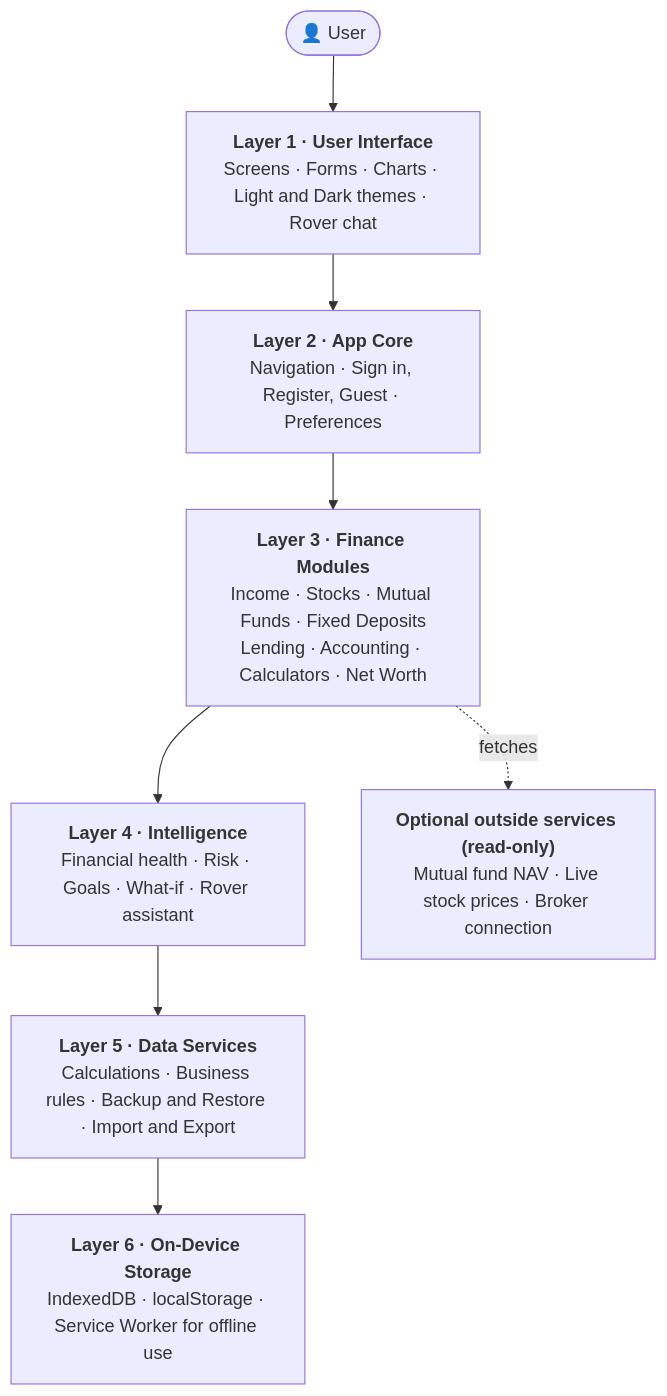
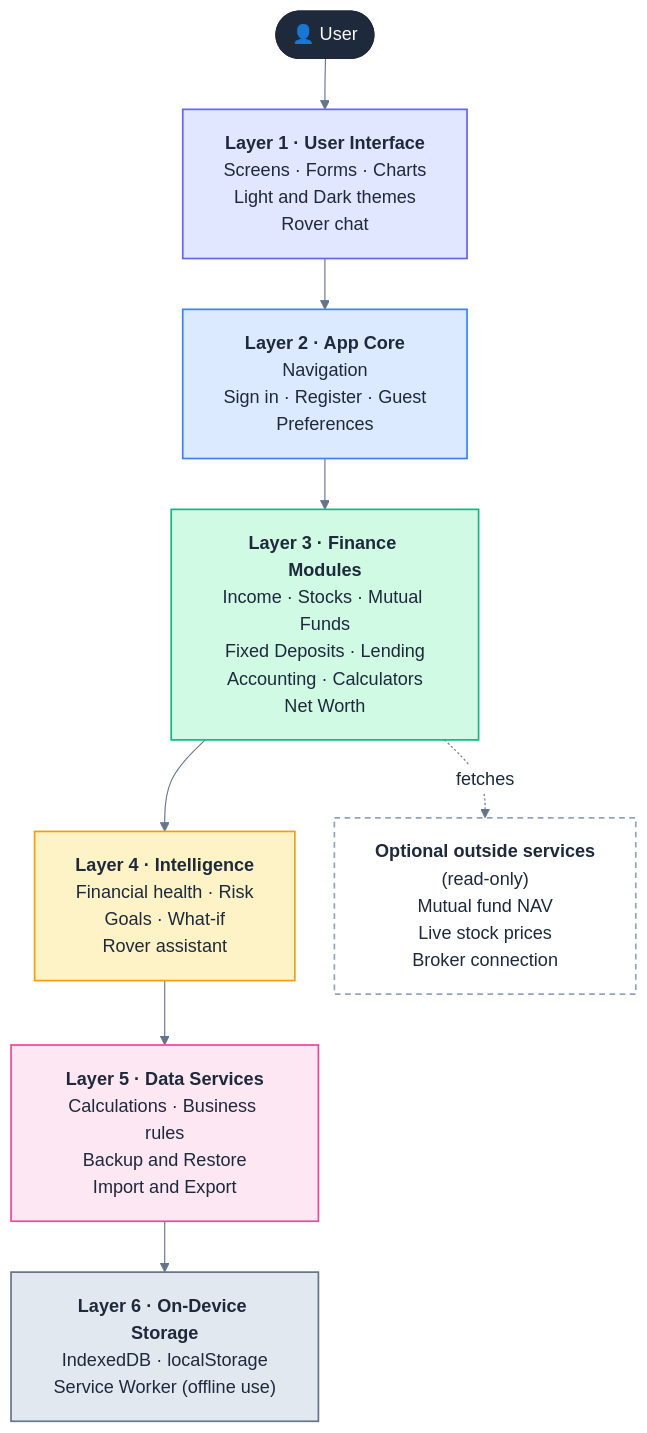
The first of 5 diagrams in README.md (microintel/blackroad-v2), drawn with Mermaid before and after one commit. The commit also changed other lines of this file, not shown here.

````diff
--- a/README.md
+++ b/README.md
@@ -47,15 +49,33 @@
 ```mermaid
+%%{init: {"theme":"base","themeVariables":{"fontSize":"16px","primaryColor":"#EEF2FF","primaryTextColor":"#1E293B","primaryBorderColor":"#6366F1","lineColor":"#64748B","secondaryColor":"#F1F5F9","tertiaryColor":"#F8FAFC","clusterBkg":"#F8FAFC","clusterBorder":"#94A3B8","edgeLabelBackground":"#FFFFFF","noteBkgColor":"#FEF3C7","noteTextColor":"#1E293B","actorBkg":"#EEF2FF","actorBorder":"#6366F1","actorTextColor":"#1E293B","signalColor":"#64748B","signalTextColor":"#E2E8F0"},"flowchart":{"padding":18,"nodeSpacing":35,"rankSpacing":45,"curve":"basis"}}}%%
 flowchart TB
     U(["👤 User"])
 
-    L1["<b>Layer 1 · User Interface</b><br/>Screens · Forms · Charts · Light and Dark themes · Rover chat"]
-    L2["<b>Layer 2 · App Core</b><br/>Navigation · Sign in, Register, Guest · Preferences"]
-    L3["<b>Layer 3 · Finance Modules</b><br/>Income · Stocks · Mutual Funds · Fixed Deposits<br/>Lending · Accounting · Calculators · Net Worth"]
-    L4["<b>Layer 4 · Intelligence</b><br/>Financial health · Risk · Goals · What-if · Rover assistant"]
-    L5["<b>Layer 5 · Data Services</b><br/>Calculations · Business rules · Backup and Restore · Import and Export"]
-    L6["<b>Layer 6 · On-Device Storage</b><br/>IndexedDB · localStorage · Service Worker for offline use"]
-    EXT["<b>Optional outside services (read-only)</b><br/>Mutual fund NAV · Live stock prices · Broker connection"]
+    L1["<b>Layer 1 · User Interface</b><br/>Screens · Forms · Charts<br/>Light and Dark themes<br/>Rover chat"]
+    L2["<b>Layer 2 · App Core</b><br/>Navigation<br/>Sign in · Register · Guest<br/>Preferences"]
+    L3["<b>Layer 3 · Finance Modules</b><br/>Income · Stocks · Mutual Funds<br/>Fixed Deposits · Lending<br/>Accounting · Calculators<br/>Net Worth"]
+    L4["<b>Layer 4 · Intelligence</b><br/>Financial health · Risk<br/>Goals · What-if<br/>Rover assistant"]
+    L5["<b>Layer 5 · Data Services</b><br/>Calculations · Business rules<br/>Backup and Restore<br/>Import and Export"]
+    L6["<b>Layer 6 · On-Device Storage</b><br/>IndexedDB · localStorage<br/>Service Worker (offline use)"]
+    EXT["<b>Optional outside services</b><br/>(read-only)<br/>Mutual fund NAV<br/>Live stock prices<br/>Broker connection"]
 
     U --> L1 --> L2 --> L3 --> L4 --> L5 --> L6
     L3 -. fetches .-> EXT
+
+    class U person
+    class L1 ui
+    class L2 core
+    class L3 fin
+    class L4 intel
+    class L5 data
+    class L6 store
+    class EXT ext
+    classDef ui fill:#E0E7FF,stroke:#6366F1,stroke-width:1.5px,color:#1E293B
+    classDef core fill:#DBEAFE,stroke:#3B82F6,stroke-width:1.5px,color:#1E293B
+    classDef fin fill:#D1FAE5,stroke:#10B981,stroke-width:1.5px,color:#1E293B
+    classDef intel fill:#FEF3C7,stroke:#F59E0B,stroke-width:1.5px,color:#1E293B
+    classDef data fill:#FCE7F3,stroke:#EC4899,stroke-width:1.5px,color:#1E293B
+    classDef store fill:#E2E8F0,stroke:#64748B,stroke-width:1.5px,color:#1E293B
+    classDef ext fill:#FFFFFF,stroke:#94A3B8,stroke-dasharray:5 4,stroke-width:1.5px,color:#1E293B
+    classDef person fill:#1E293B,stroke:#1E293B,color:#F8FAFC
 ```
````
